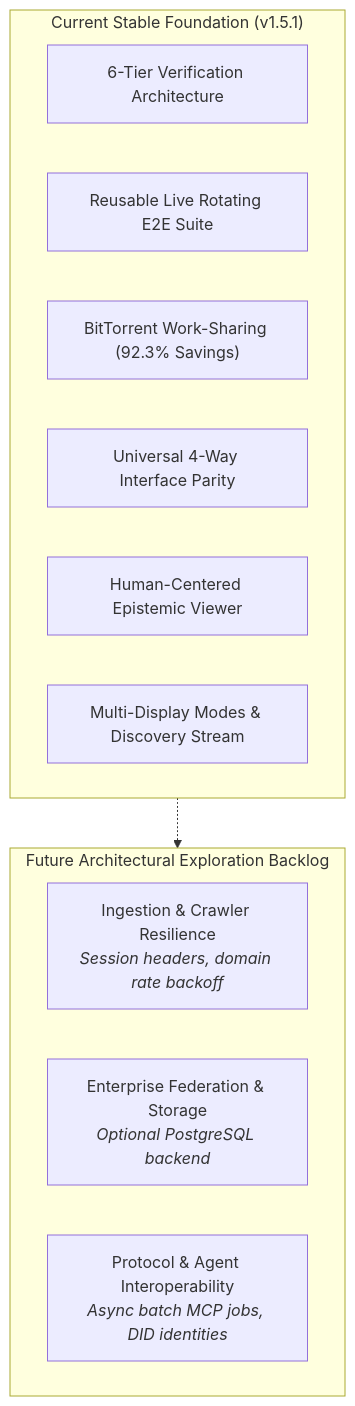
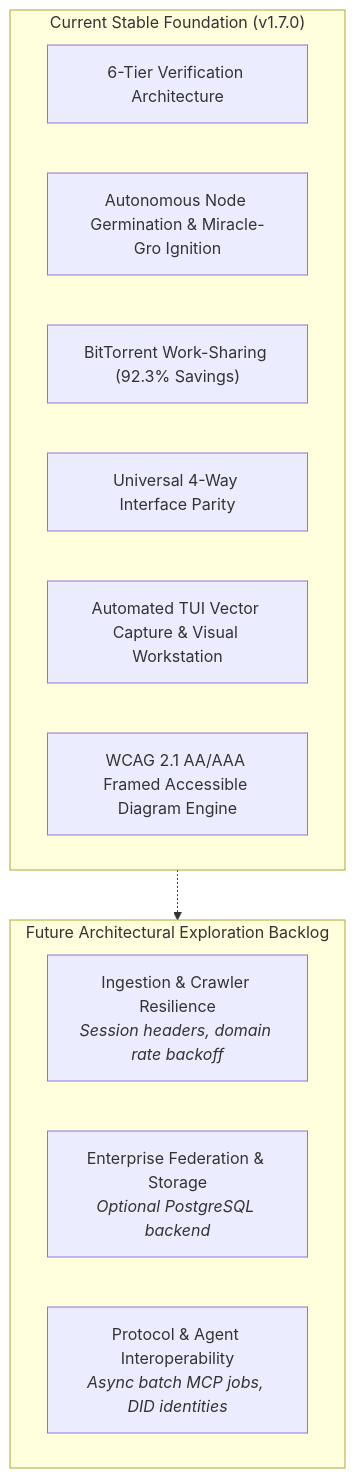
The diagram in docs/roadmap.md (artibyrd/credence-docs), drawn with Mermaid before and after one commit. The commit also changed 33 other files, not shown here.

Commit message:
feat(docs): automated TUI vector capture, WCAG 2.1 AA framed diagram engine, and release lifecycle protocol (v1.7.0)

````diff
--- a/docs/roadmap.md
+++ b/docs/roadmap.md
@@ -15,19 +15,19 @@
 ```mermaid
 flowchart TD
-    subgraph CoreEngine ["Current Stable Foundation (v1.5.1)"]
+    subgraph CoreEngine ["Current Stable Foundation (v1.7.0)"]
         S1["6-Tier Verification Architecture"]
-        S2["Reusable Live Rotating E2E Suite"]
+        S2["Autonomous Node Germination & Miracle-Gro Ignition"]
         S3["BitTorrent Work-Sharing (92.3% Savings)"]
         S4["Universal 4-Way Interface Parity"]
-        S5["Human-Centered Epistemic Viewer"]
-        S6["Multi-Display Modes & Discovery Stream"]
+        S5["Automated TUI Vector Capture & Visual Workstation"]
+        S6["WCAG 2.1 AA/AAA Framed Accessible Diagram Engine"]
     end
 
     subgraph Backlog ["Future Architectural Exploration Backlog"]
         B1["Ingestion & Crawler Resilience<br/><i>Session headers, domain rate backoff</i>"]
         B2["Enterprise Federation & Storage<br/><i>Optional PostgreSQL backend</i>"]
         B3["Protocol & Agent Interoperability<br/><i>Async batch MCP jobs, DID identities</i>"]
     end
 
     CoreEngine -.-> Backlog
 ```
````
